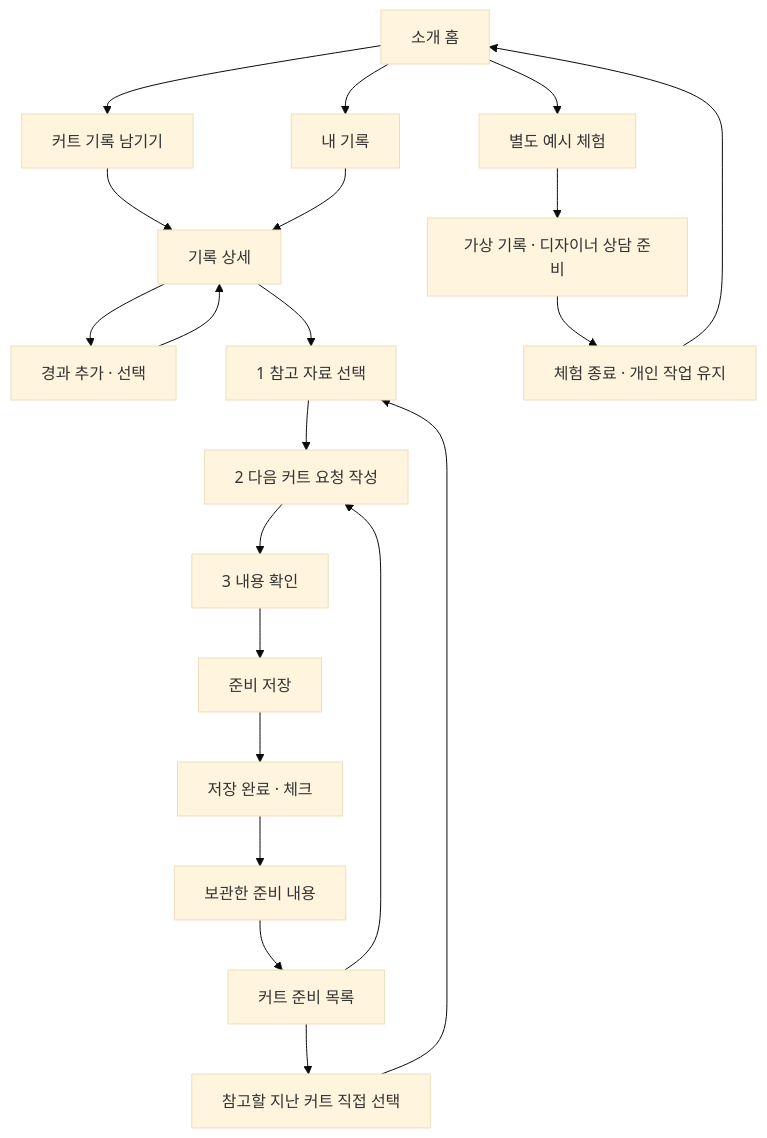
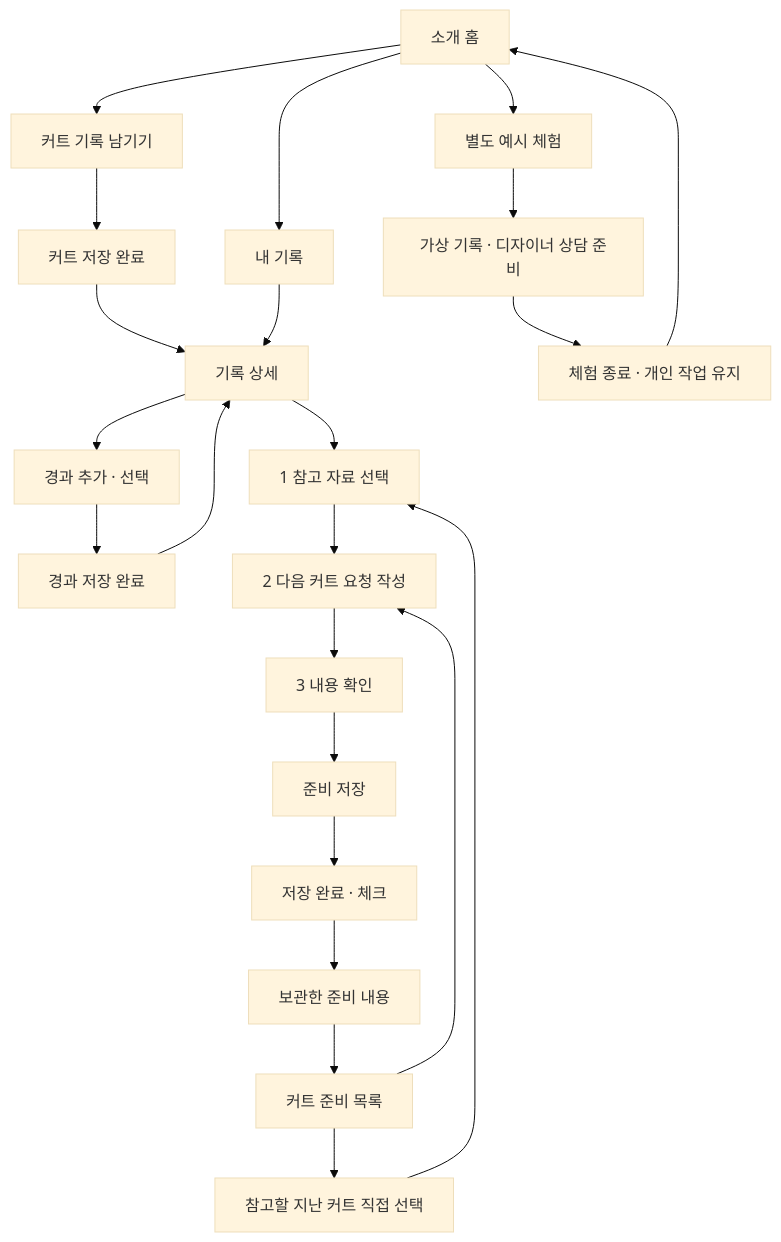
The diagram in docs/prototype-plan.md (8192KB/SALU), drawn with Mermaid (base theme) before and after one commit. The commit also changed other lines of this file and 25 other files, not shown here.

````diff
--- a/docs/prototype-plan.md
+++ b/docs/prototype-plan.md
@@ -40,23 +30,25 @@
 ```mermaid
 flowchart TD
     H[소개 홈] --> N[커트 기록 남기기]
     H --> L[내 기록]
-    N --> R[기록 상세]
+    N --> NC[커트 저장 완료]
+    NC --> R[기록 상세]
     L --> R
     R --> P[경과 추가 · 선택]
-    P --> R
+    P --> PC[경과 저장 완료]
+    PC --> R
     R --> M[1 참고 자료 선택]
     Q[커트 준비 목록] --> C[참고할 지난 커트 직접 선택]
     C --> M
     M --> W[2 다음 커트 요청 작성]
     W --> V[3 내용 확인]
     V --> S[준비 저장]
     S --> F[저장 완료 · 체크]
     F --> B[보관한 준비 내용]
     B --> Q
     Q --> W
     H --> E[별도 예시 체험]
     E --> D[가상 기록 · 디자이너 상담 준비]
     D --> X[체험 종료 · 개인 작업 유지]
     X --> H
 ```
````
